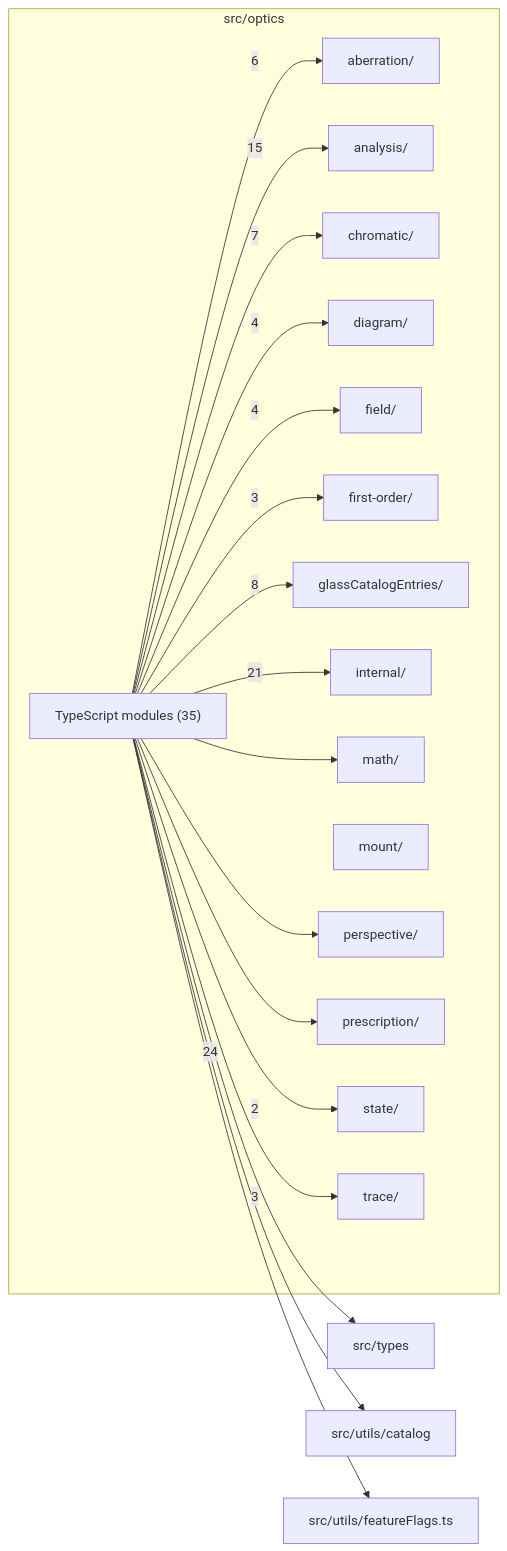
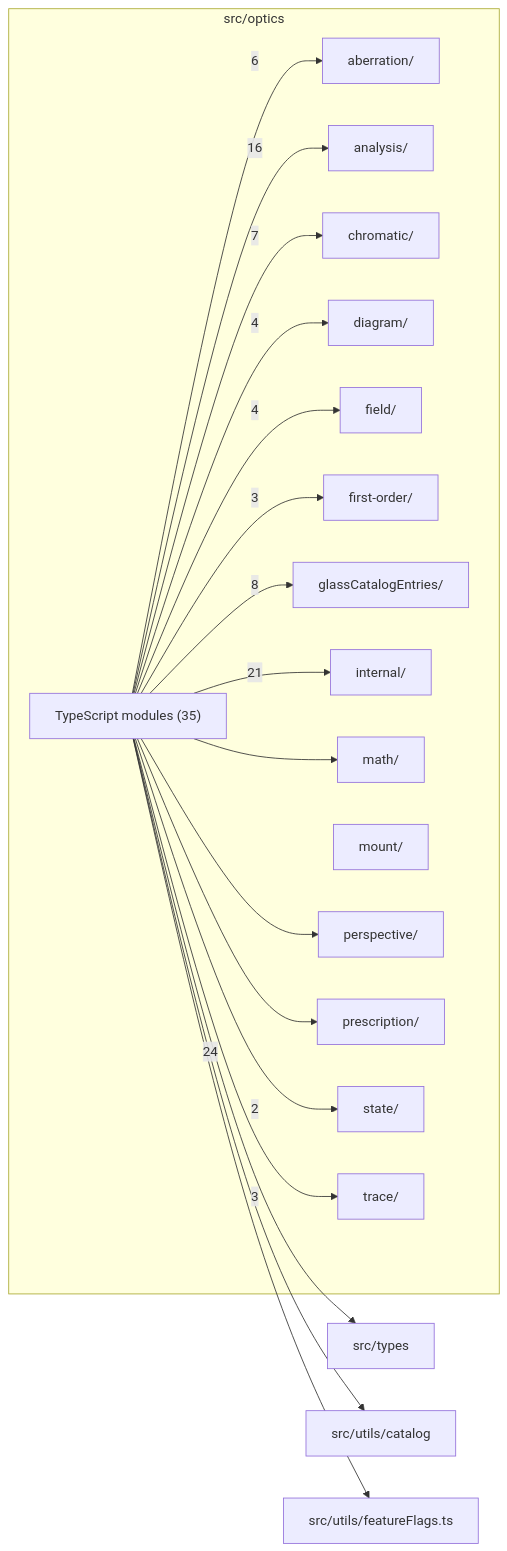
Before and after one commit to ronbuening/LensVisualizer: the diagram in src/optics/readme.md, drawn with Mermaid. The commit also changed other lines of this file and 12 other files, not shown here.

````diff
--- a/src/optics/readme.md
+++ b/src/optics/readme.md
@@ -9,39 +9,39 @@
 ```mermaid
 flowchart LR
   subgraph n_src_optics["src/optics"]
     n_src_optics_src_optics_aberration["aberration/"]
     n_src_optics_src_optics_analysis["analysis/"]
     n_src_optics_src_optics_chromatic["chromatic/"]
     n_src_optics_src_optics_diagram["diagram/"]
     n_src_optics_src_optics_field["field/"]
     n_src_optics_src_optics_first_order["first-order/"]
     n_src_optics_src_optics_glassCatalogEntries["glassCatalogEntries/"]
     n_src_optics_src_optics_internal["internal/"]
     n_src_optics_src_optics_math["math/"]
     n_src_optics_src_optics_mount["mount/"]
     n_src_optics_src_optics_perspective["perspective/"]
     n_src_optics_src_optics_prescription["prescription/"]
     n_src_optics_src_optics_state["state/"]
     n_src_optics_src_optics_trace["trace/"]
     n_src_optics_TypeScript_modules["TypeScript modules (35)"]
   end
   n_external_src_types["src/types"]
   n_external_src_utils_catalog["src/utils/catalog"]
   n_external_src_utils_featureFlags_ts["src/utils/featureFlags.ts"]
   n_src_optics_TypeScript_modules --> |24| n_external_src_types
   n_src_optics_TypeScript_modules --> |21| n_src_optics_src_optics_internal
-  n_src_optics_TypeScript_modules --> |15| n_src_optics_src_optics_analysis
+  n_src_optics_TypeScript_modules --> |16| n_src_optics_src_optics_analysis
   n_src_optics_TypeScript_modules --> |8| n_src_optics_src_optics_glassCatalogEntries
   n_src_optics_TypeScript_modules --> |7| n_src_optics_src_optics_chromatic
   n_src_optics_TypeScript_modules --> |6| n_src_optics_src_optics_aberration
   n_src_optics_TypeScript_modules --> |4| n_src_optics_src_optics_diagram
   n_src_optics_TypeScript_modules --> |4| n_src_optics_src_optics_field
   n_src_optics_TypeScript_modules --> |3| n_src_optics_src_optics_first_order
   n_src_optics_TypeScript_modules --> |3| n_src_optics_src_optics_trace
   n_src_optics_TypeScript_modules --> |2| n_src_optics_src_optics_state
   n_src_optics_TypeScript_modules --> n_external_src_utils_catalog
   n_src_optics_TypeScript_modules --> n_external_src_utils_featureFlags_ts
   n_src_optics_TypeScript_modules --> n_src_optics_src_optics_math
   n_src_optics_TypeScript_modules --> n_src_optics_src_optics_perspective
   n_src_optics_TypeScript_modules --> n_src_optics_src_optics_prescription
 ```
````
